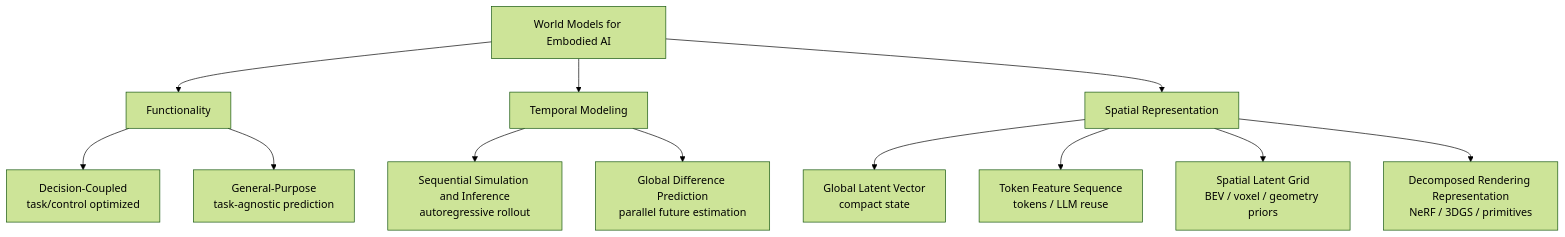
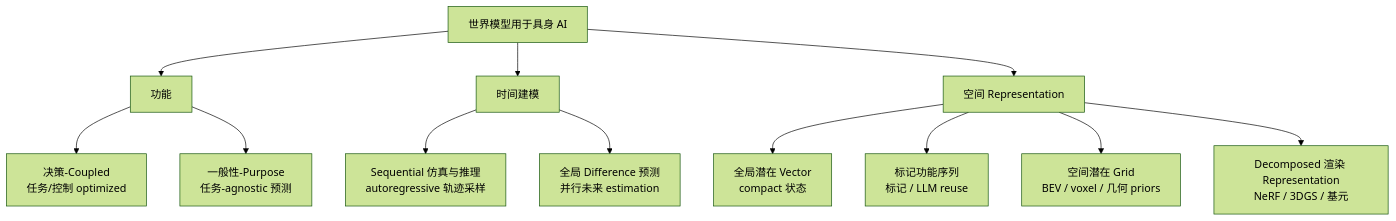
Before and after one commit to niuverse/llm-wiki: the diagram in wiki/concepts/WorldModelTaxonomy.md, drawn with Mermaid (forest theme). The commit also changed other lines of this file and 123 other files, not shown here.

````diff
--- a/wiki/concepts/WorldModelTaxonomy.md
+++ b/wiki/concepts/WorldModelTaxonomy.md
@@ -27,14 +27,14 @@
 ```mermaid
 flowchart TD
-  A["World Models for Embodied AI"] --> B["Functionality"]
-  A --> C["Temporal Modeling"]
-  A --> D["Spatial Representation"]
-  B --> B1["Decision-Coupled<br/>task/control optimized"]
-  B --> B2["General-Purpose<br/>task-agnostic prediction"]
-  C --> C1["Sequential Simulation and Inference<br/>autoregressive rollout"]
-  C --> C2["Global Difference Prediction<br/>parallel future estimation"]
-  D --> D1["Global Latent Vector<br/>compact state"]
-  D --> D2["Token Feature Sequence<br/>tokens / LLM reuse"]
-  D --> D3["Spatial Latent Grid<br/>BEV / voxel / geometry priors"]
-  D --> D4["Decomposed Rendering Representation<br/>NeRF / 3DGS / primitives"]
+  A["世界模型用于具身 AI"] --> B["功能"]
+  A --> C["时间建模"]
+  A --> D["空间 Representation"]
+  B --> B1["决策-Coupled<br/>任务/控制 optimized"]
+  B --> B2["一般性-Purpose<br/>任务-agnostic 预测"]
+  C --> C1["Sequential 仿真与推理<br/>autoregressive 轨迹采样"]
+  C --> C2["全局 Difference 预测<br/>并行未来 estimation"]
+  D --> D1["全局潜在 Vector<br/>compact 状态"]
+  D --> D2["标记功能序列<br/>标记 / LLM reuse"]
+  D --> D3["空间潜在 Grid<br/>BEV / voxel / 几何 priors"]
+  D --> D4["Decomposed 渲染 Representation<br/>NeRF / 3DGS / 基元"]
 ```
````
